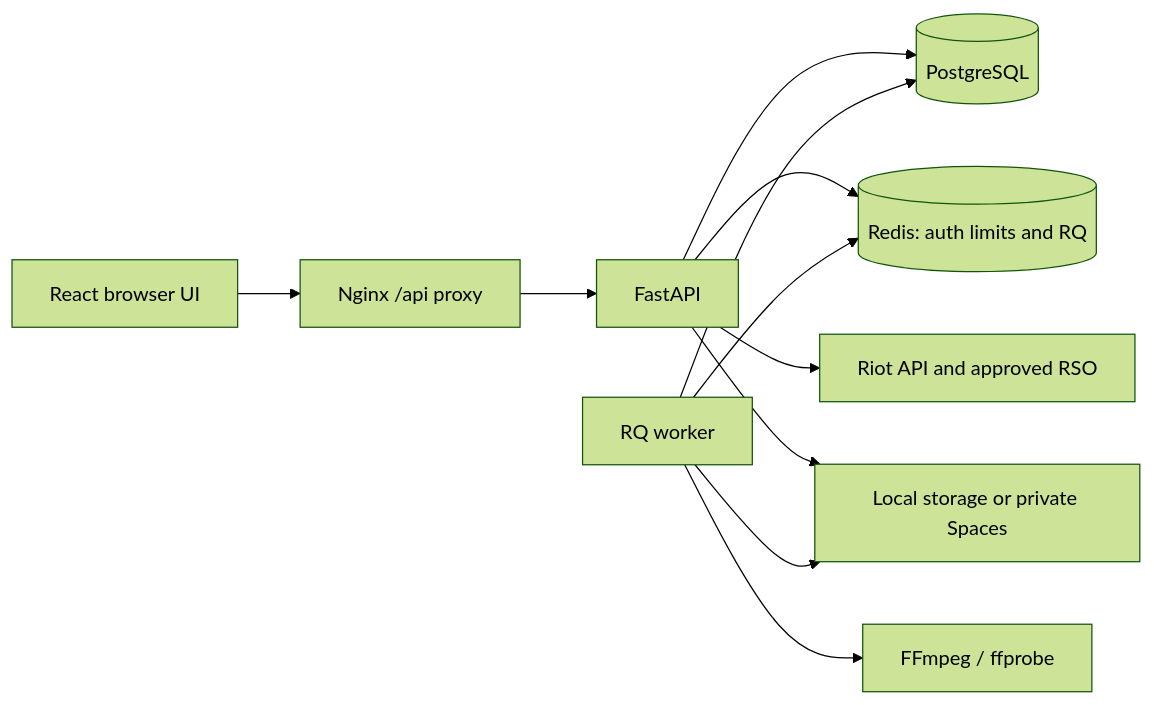
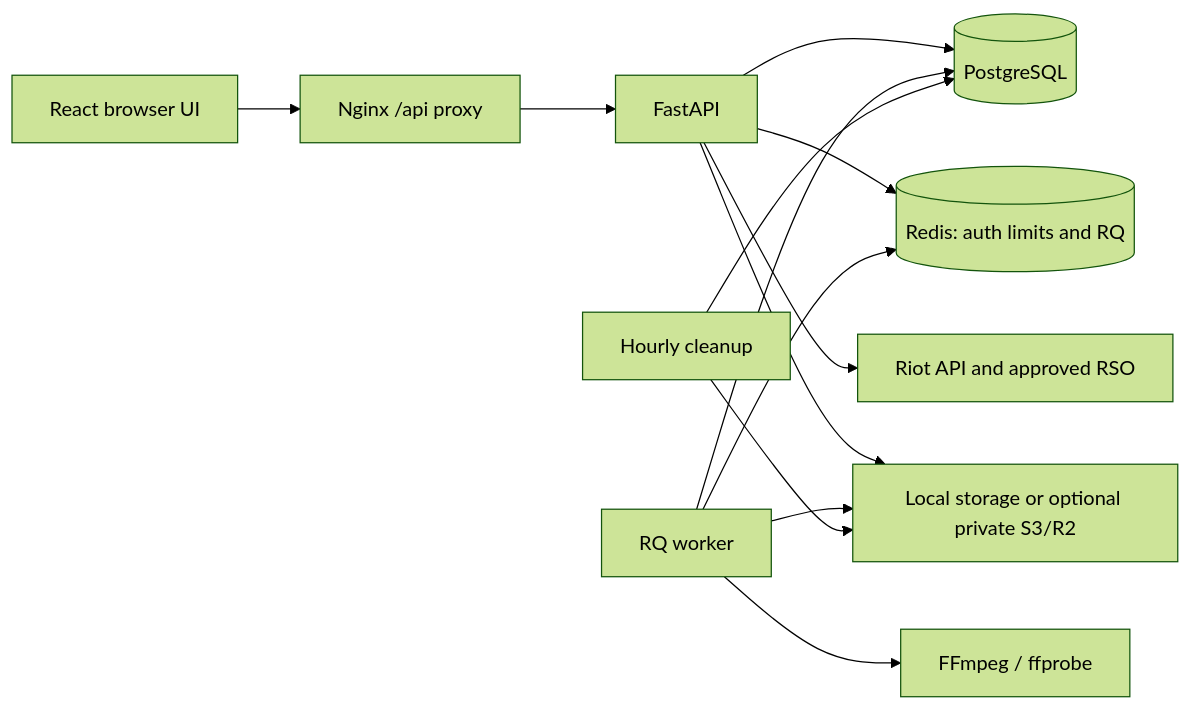
One commit to IanRexDolaogon/valorant-clips changed the diagram in README.md. Above: the diagram before and after it, drawn with Mermaid (forest theme). The commit also changed other lines of this file and 24 other files, not shown here.

````diff
--- a/README.md
+++ b/README.md
@@ -37,13 +37,15 @@
 ```mermaid
 flowchart LR
     Browser[React browser UI] --> Proxy[Nginx /api proxy]
     Proxy --> API[FastAPI]
     API --> DB[(PostgreSQL)]
     API --> Redis[(Redis: auth limits and RQ)]
     API --> Riot[Riot API and approved RSO]
-    API --> Storage[Local storage or private Spaces]
+    API --> Storage[Local storage or optional private S3/R2]
     Worker[RQ worker] --> DB
     Worker --> Redis
     Worker --> FFmpeg[FFmpeg / ffprobe]
     Worker --> Storage
+    Cron[Hourly cleanup] --> Storage
+    Cron --> DB
 ```
````
